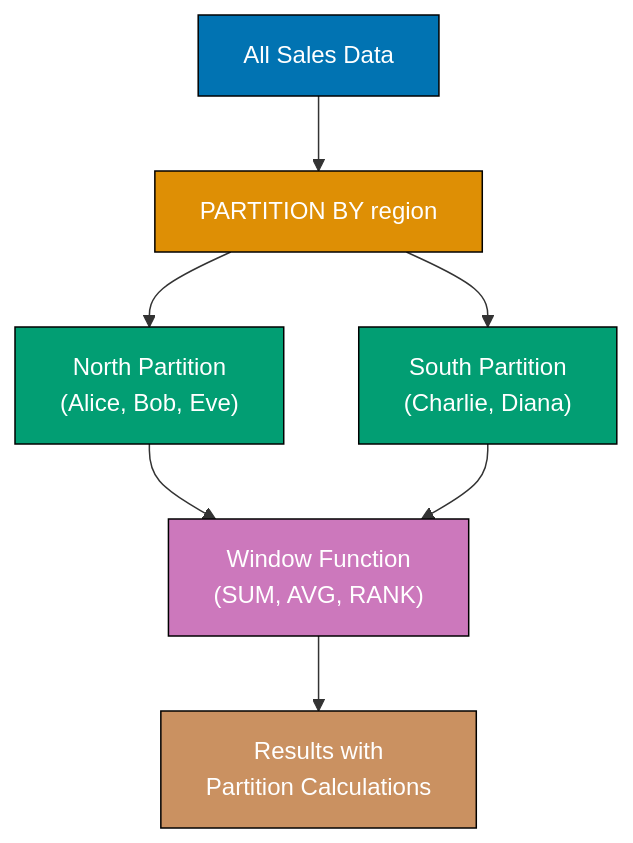
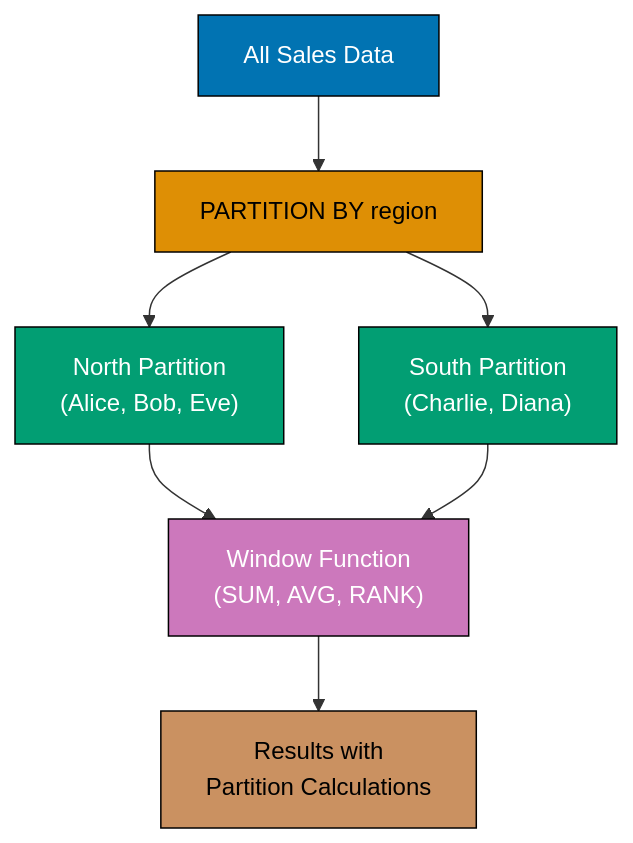
The third of 12 diagrams in apps/ayokoding-web/content/en/learn/software-engineering/data/databases/postgresql/by-example/intermediate.md (wahidyankf/open-sharia-enterprise), drawn with Mermaid before and after one commit. The commit also changed other lines of this file and 157 other files, not shown here.

````diff
--- a/apps/ayokoding-web/content/en/learn/software-engineering/data/databases/postgresql/by-example/intermediate.md
+++ b/apps/ayokoding-web/content/en/learn/software-engineering/data/databases/postgresql/by-example/intermediate.md
@@ -342,24 +344,24 @@
 ```mermaid
 %% Color Palette: Blue #0173B2, Orange #DE8F05, Teal #029E73, Purple #CC78BC, Brown #CA9161
 graph TD
     A["All Sales Data"]
     B["PARTITION BY region"]
     C["North Partition<br/>(Alice, Bob, Eve)"]
     D["South Partition<br/>(Charlie, Diana)"]
     E["Window Function<br/>(SUM, AVG, RANK)"]
     F["Results with<br/>Partition Calculations"]
 
     A --> B
     B --> C
     B --> D
     C --> E
     D --> E
     E --> F
 
     style A fill:#0173B2,stroke:#000,color:#fff
-    style B fill:#DE8F05,stroke:#000,color:#fff
+    style B fill:#DE8F05,stroke:#000,color:#000
     style C fill:#029E73,stroke:#000,color:#fff
     style D fill:#029E73,stroke:#000,color:#fff
     style E fill:#CC78BC,stroke:#000,color:#fff
-    style F fill:#CA9161,stroke:#000,color:#fff
+    style F fill:#CA9161,stroke:#000,color:#000
 ```
````
